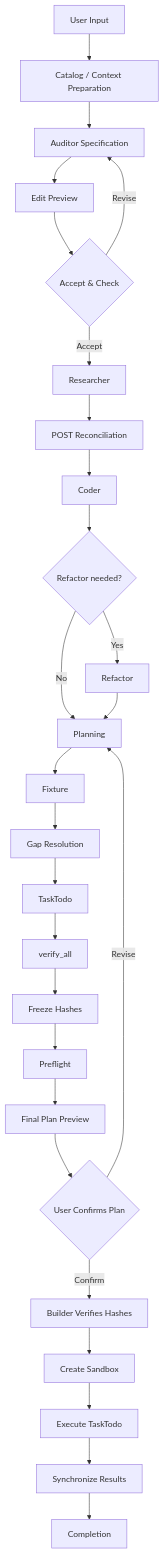
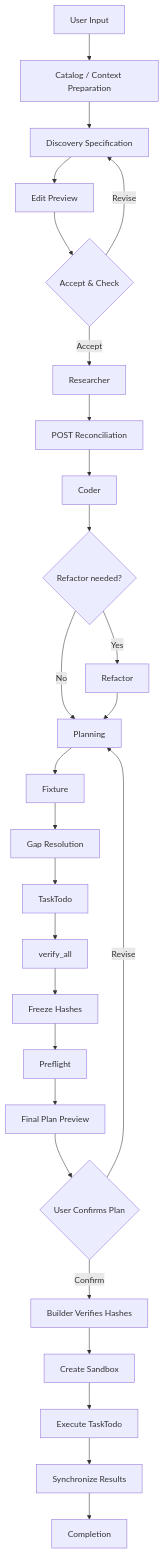
The diagram in README.md (itz1508/BreakDown), drawn with Mermaid before and after one commit. The commit also changed other lines of this file and 240 other files, not shown here.

````diff
--- a/README.md
+++ b/README.md
@@ -7,29 +7,29 @@
 ```mermaid
 flowchart TD
     A[User Input] --> B[Catalog / Context Preparation]
-    B --> C[Auditor Specification]
+    B --> C[Discovery Specification]
     C --> D[Edit Preview]
     D --> E{Accept & Check}
     E -- Accept --> F[Researcher]
     E -- Revise --> C
     F --> G[POST Reconciliation]
     G --> H[Coder]
     H --> I{Refactor needed?}
     I -- Yes --> J[Refactor]
     I -- No --> K[Planning]
     J --> K
     K --> L[Fixture]
     L --> M[Gap Resolution]
     M --> N[TaskTodo]
     N --> O[verify_all]
     O --> P[Freeze Hashes]
     P --> Q[Preflight]
     Q --> R[Final Plan Preview]
     R --> S{User Confirms Plan}
     S -- Confirm --> T[Builder Verifies Hashes]
     S -- Revise --> K
     T --> U[Create Sandbox]
     U --> V[Execute TaskTodo]
     V --> W[Synchronize Results]
     W --> X[Completion]
 ```
````
